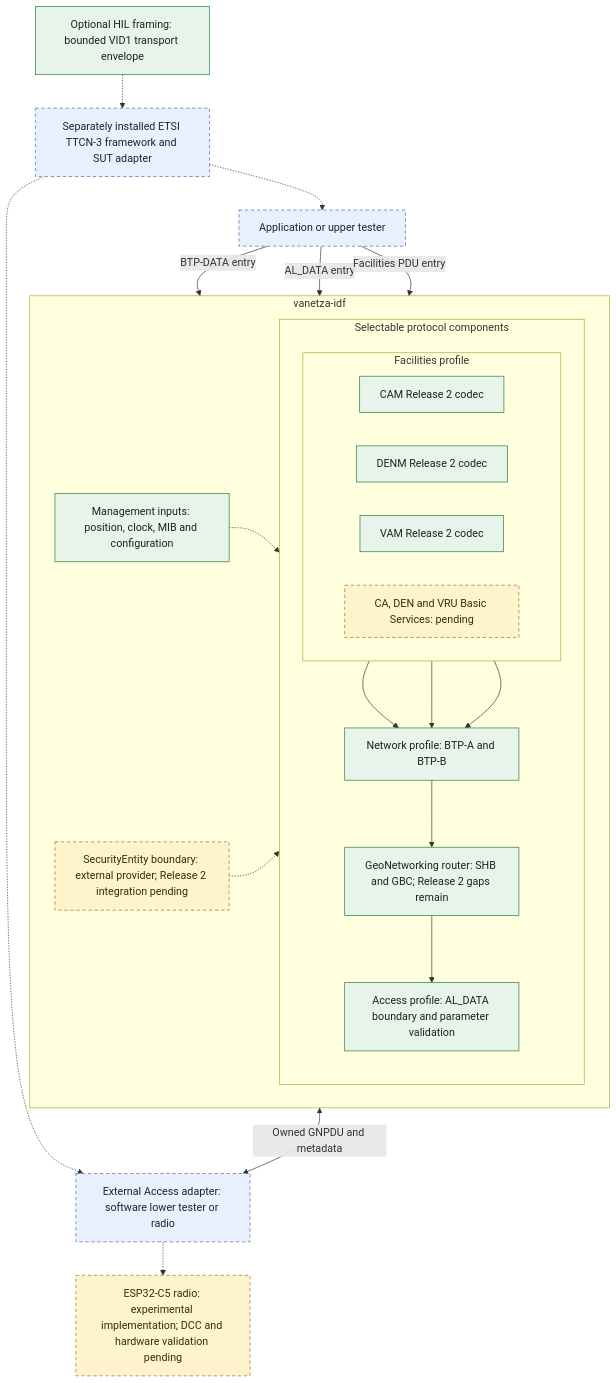
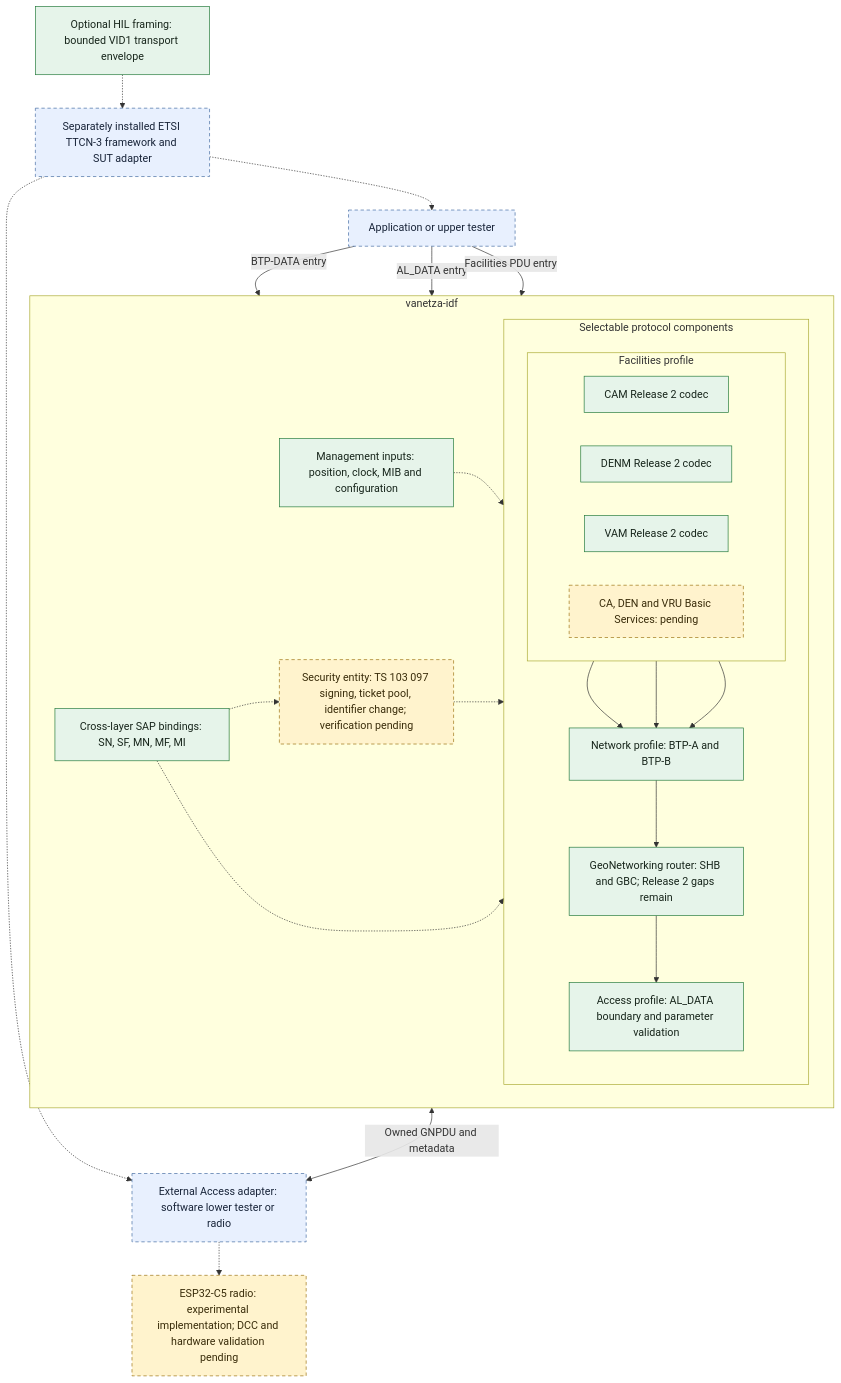
The diagram in README.md (niklasdathe/vanetza-idf), drawn with Mermaid before and after one commit. The commit also changed 11 other files, not shown here.

````diff
--- a/README.md
+++ b/README.md
@@ -30,43 +30,46 @@
 ```mermaid
 flowchart TB
     application["Application or upper tester"]
     subgraph station["vanetza-idf"]
         direction LR
         management["Management inputs: position, clock, MIB and configuration"]
         subgraph layers["Selectable protocol components"]
             direction TB
             subgraph facilities["Facilities profile"]
                 direction LR
                 cam["CAM Release 2 codec"]
                 denm["DENM Release 2 codec"]
                 vam["VAM Release 2 codec"]
                 services["CA, DEN and VRU Basic Services: pending"]
             end
             btp["Network profile: BTP-A and BTP-B"]
             gn["GeoNetworking router: SHB and GBC; Release 2 gaps remain"]
             access["Access profile: AL_DATA boundary and parameter validation"]
             cam --> btp
             denm --> btp
             vam --> btp
             btp --> gn
             gn --> access
         end
-        security["SecurityEntity boundary: external provider; Release 2 integration pending"]
+        security["Security entity: TS 103 097 signing, ticket pool, identifier change; verification pending"]
+        saps["Cross-layer SAP bindings: SN, SF, MN, MF, MI"]
         management -.-> gn
         security -.-> gn
+        saps -.-> security
+        saps -.-> gn
     end
     application -->|"Facilities PDU entry"| facilities
     application -->|"BTP-DATA entry"| btp
     application -->|"AL_DATA entry"| access
     access <-->|"Owned GNPDU and metadata"| adapter["External Access adapter: software lower tester or radio"]
     adapter -.-> radio["ESP32-C5 radio: experimental implementation; DCC and hardware validation pending"]
     etsi["Separately installed ETSI TTCN-3 framework and SUT adapter"] -.-> application
     etsi -.-> adapter
     hil["Optional HIL framing: bounded VID1 transport envelope"] -.-> etsi
     classDef available fill:#e6f4ea,stroke:#237a3b,color:#17251b
     classDef external fill:#e8f0fe,stroke:#4169a1,stroke-dasharray:5 4,color:#182439
     classDef pending fill:#fff3cd,stroke:#9b7110,stroke-dasharray:5 4,color:#392c0a
-    class cam,denm,vam,btp,gn,access,management,hil available
+    class cam,denm,vam,btp,gn,access,management,hil,saps available
     class application,adapter,etsi external
     class services,security,radio pending
 ```
````
